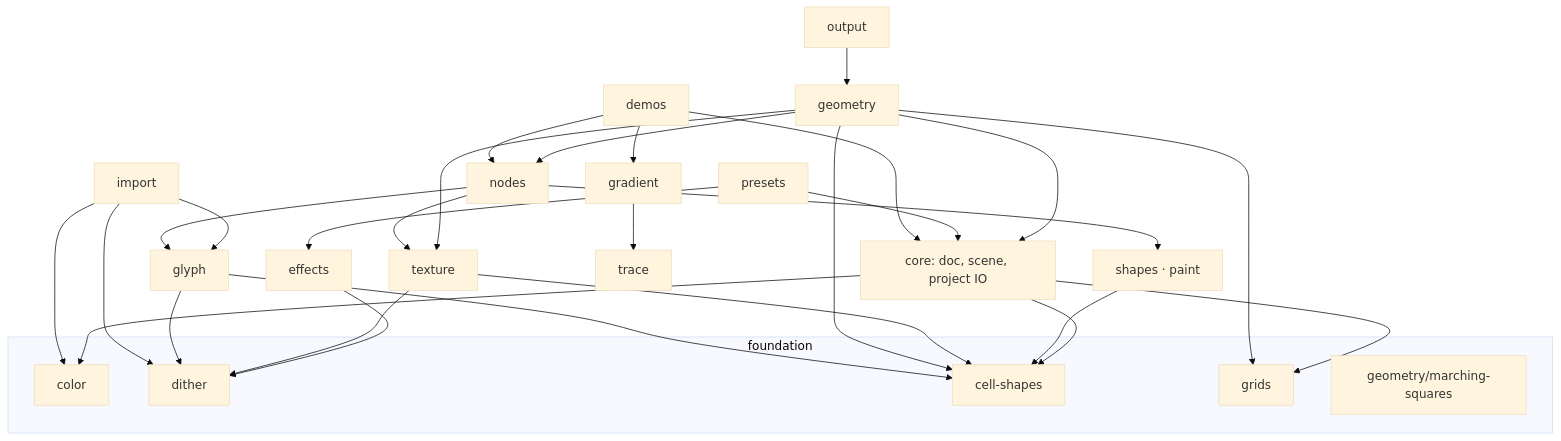
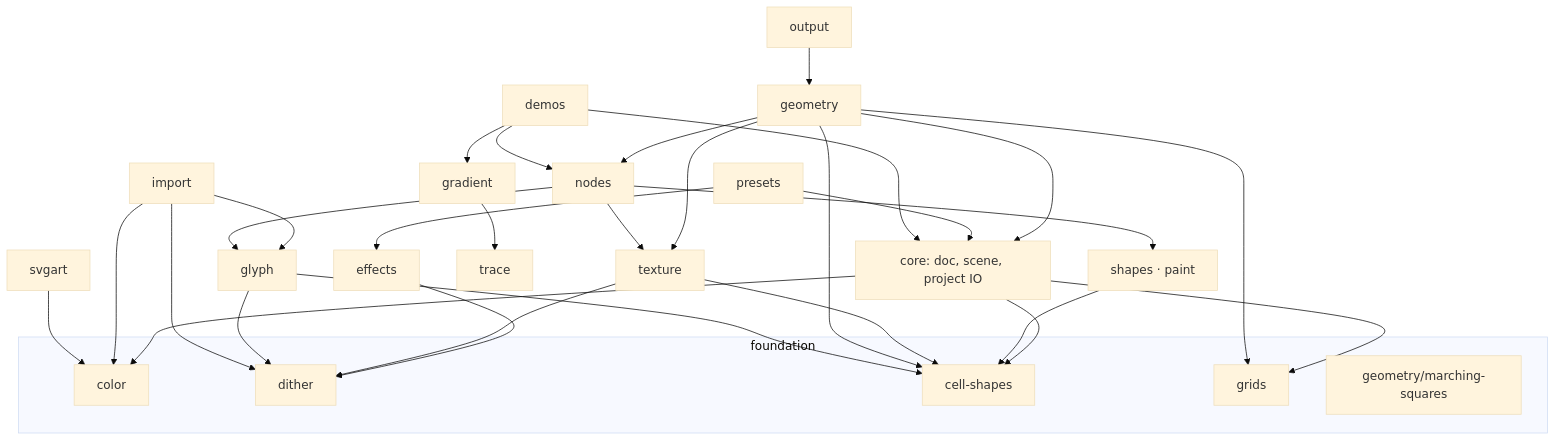
One commit to abc0990cba/art-editor changed the diagram in docs/architecture/engine-map.md. Above: the diagram before and after it, drawn with Mermaid (base theme). The commit also changed other lines of this file and 47 other files, not shown here.

````diff
--- a/docs/architecture/engine-map.md
+++ b/docs/architecture/engine-map.md
@@ -44,51 +45,53 @@
 ```mermaid
 graph TD
     subgraph foundation
         color[color]
         dither[dither]
         cellshapes[cell-shapes]
         grids[grids]
         marching[geometry/marching-squares]
     end
     core[core: doc, scene, project IO]
     cells[shapes · paint]
     effects[effects]
     tex[texture]
     geom[geometry]
     glyph[glyph]
     imp[import]
     output[output]
     presets[presets]
     nodes[nodes]
     gradient[gradient]
     trace[trace]
+    svgart[svgart]
     demos[demos]
 
     core --> color
     core --> grids
     core --> cellshapes
     cells --> cellshapes
     effects --> dither
     tex --> dither
     tex --> cellshapes
     geom --> core
     geom --> cellshapes
     geom --> grids
     geom --> tex
     geom --> nodes
     glyph --> dither
     glyph --> cellshapes
     imp --> glyph
     imp --> dither
     imp --> color
     output --> geom
     presets --> core
     presets --> effects
     nodes --> cells
     nodes --> tex
     nodes --> glyph
     demos --> core
     demos --> nodes
     gradient --> trace
     demos --> gradient
+    svgart --> color
 ```
````
